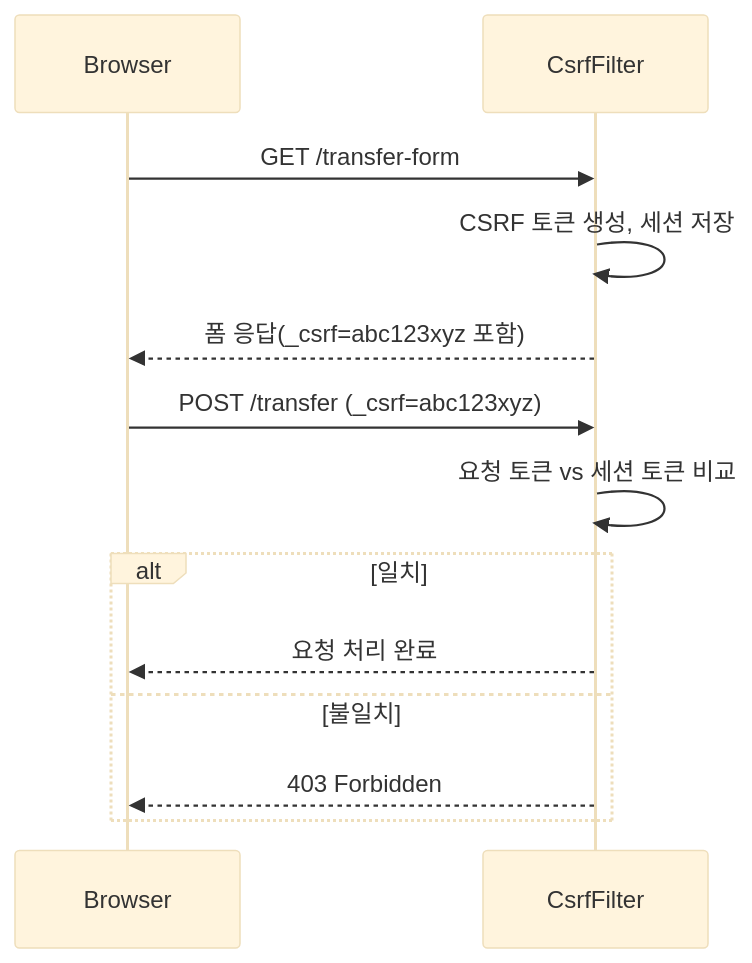
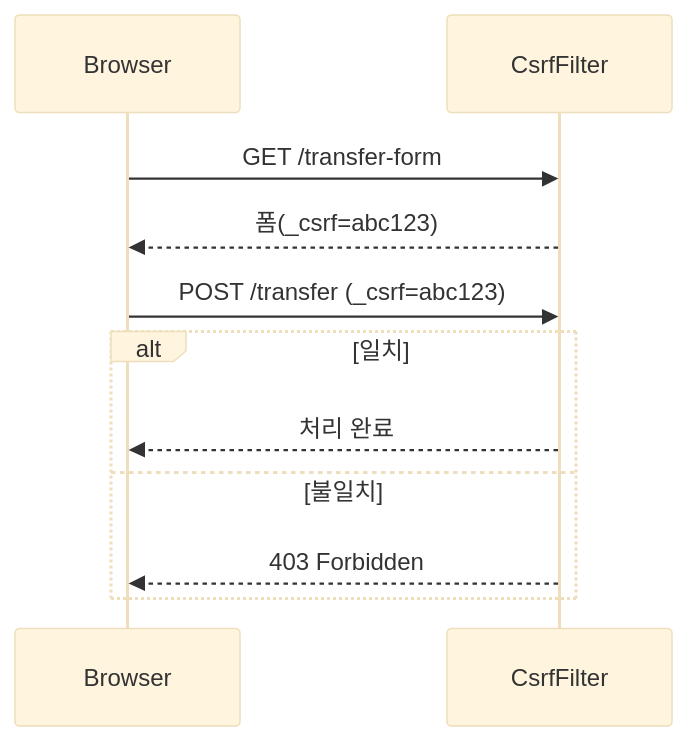
Before and after one commit to yjkim2015/yjkim2015.github.io: the second of 3 diagrams in _posts/security/2021-05-19-사이트 간 요청 위조-CSRF, CsrfFilter.md, drawn with Mermaid (base theme). The commit also changed 155 other files, not shown here.

First line of the commit message:
Mermaid 전면 수정: subgraph 제거, participant/노드/줄수 축소 (342블록)

````diff
--- a/_posts/security/2021-05-19-사이트 간 요청 위조-CSRF, CsrfFilter.md
+++ b/_posts/security/2021-05-19-사이트 간 요청 위조-CSRF, CsrfFilter.md
@@ -57,15 +57,13 @@
 ```mermaid
 sequenceDiagram
     participant B as Browser
     participant S as CsrfFilter
     B->>S: GET /transfer-form
-    S->>S: CSRF 토큰 생성, 세션 저장
-    S-->>B: 폼 응답(_csrf=abc123xyz 포함)
-    B->>S: POST /transfer (_csrf=abc123xyz)
-    S->>S: 요청 토큰 vs 세션 토큰 비교
+    S-->>B: 폼(_csrf=abc123)
+    B->>S: POST /transfer (_csrf=abc123)
     alt 일치
-        S-->>B: 요청 처리 완료
+        S-->>B: 처리 완료
     else 불일치
         S-->>B: 403 Forbidden
     end
 ```
````
